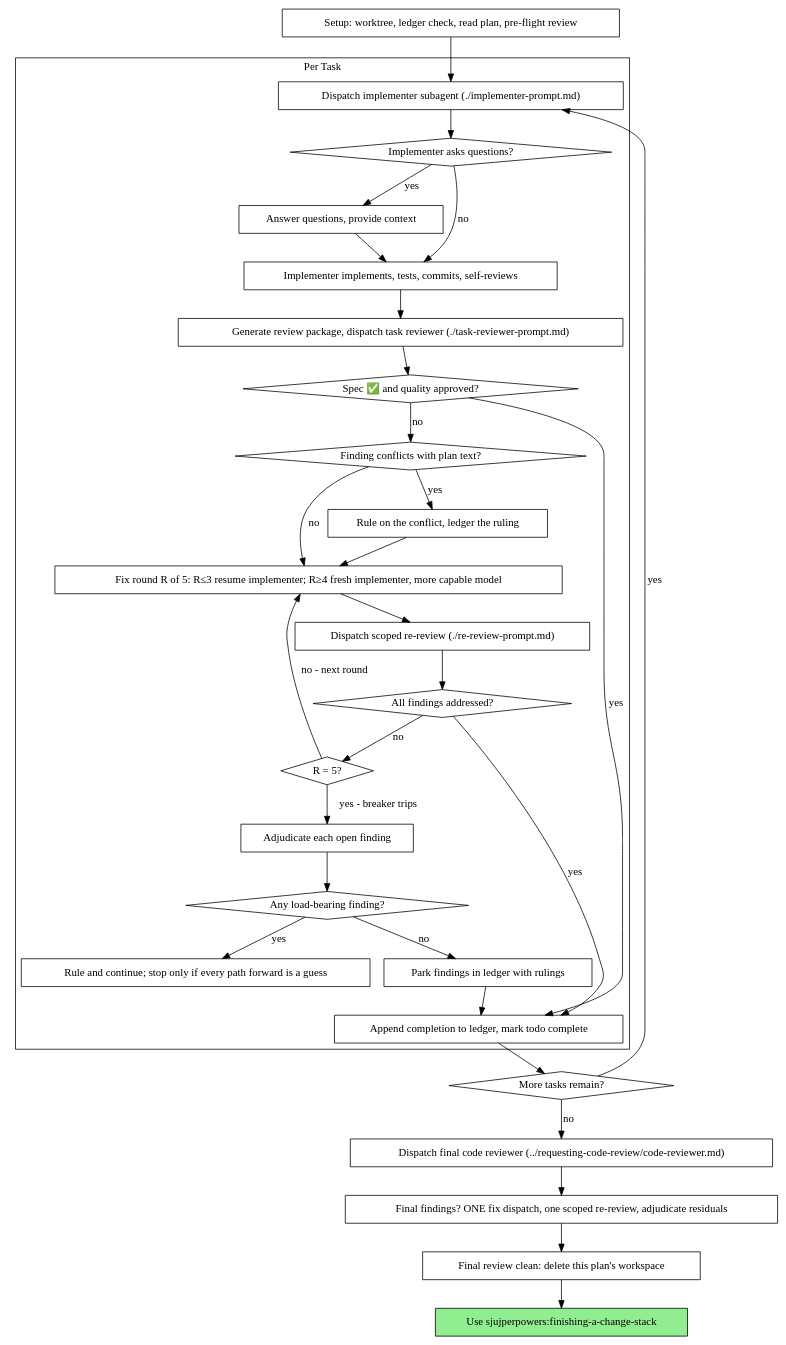
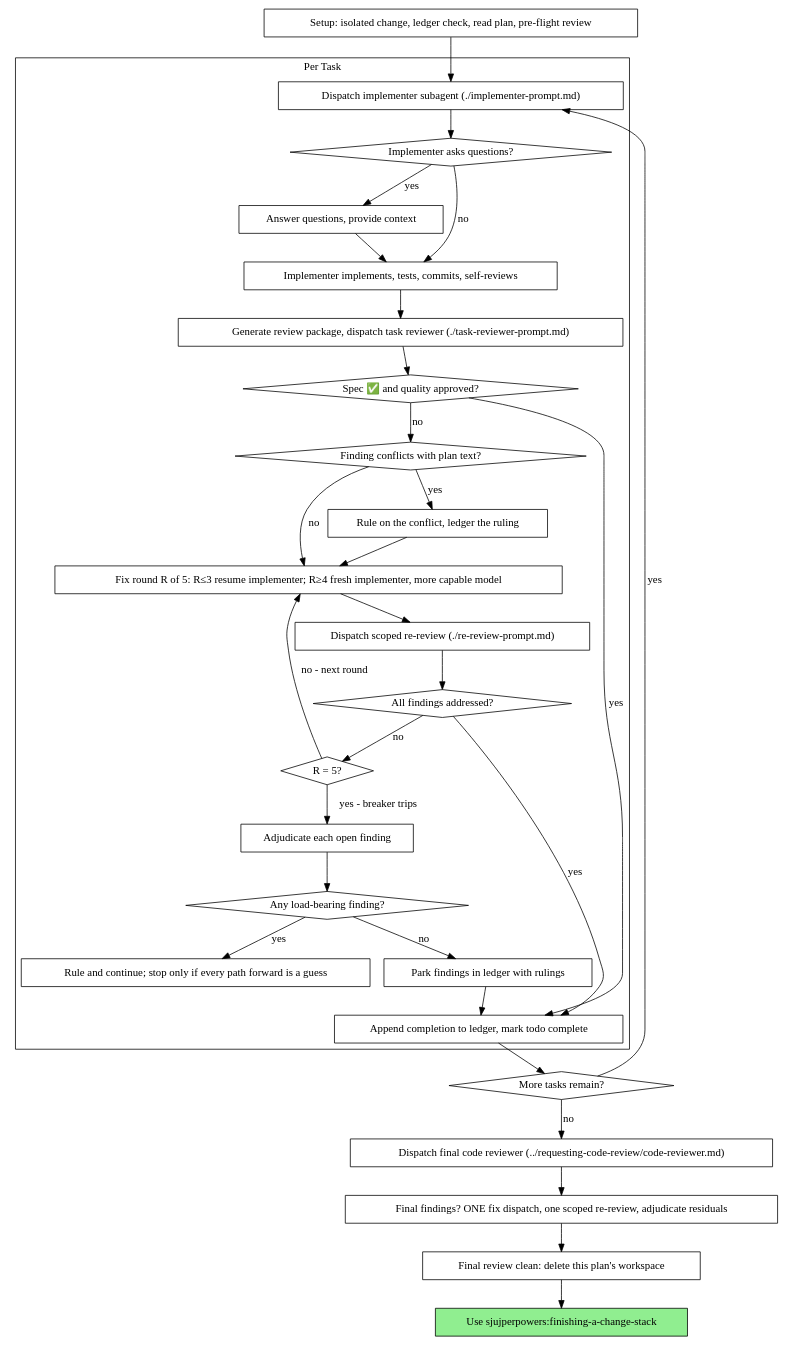
One commit to codyw912/sjujperpowers changed the second of 2 diagrams in skills/subagent-driven-development/SKILL.md. Above: the diagram before and after it, drawn with Graphviz. The commit also changed other lines of this file and 37 other files, not shown here.

Commit message:
Port skills to jj, add roadmap layer, rewrite fork docs

````diff
--- a/skills/subagent-driven-development/SKILL.md
+++ b/skills/subagent-driven-development/SKILL.md
@@ -61,62 +61,62 @@
 ```dot
 digraph process {
     rankdir=TB;
 
     subgraph cluster_per_task {
         label="Per Task";
         "Dispatch implementer subagent (./implementer-prompt.md)" [shape=box];
         "Implementer asks questions?" [shape=diamond];
         "Answer questions, provide context" [shape=box];
         "Implementer implements, tests, commits, self-reviews" [shape=box];
         "Generate review package, dispatch task reviewer (./task-reviewer-prompt.md)" [shape=box];
         "Spec ✅ and quality approved?" [shape=diamond];
         "Finding conflicts with plan text?" [shape=diamond];
         "Rule on the conflict, ledger the ruling" [shape=box];
         "Fix round R of 5: R≤3 resume implementer; R≥4 fresh implementer, more capable model" [shape=box];
         "Dispatch scoped re-review (./re-review-prompt.md)" [shape=box];
         "All findings addressed?" [shape=diamond];
         "R = 5?" [shape=diamond];
         "Adjudicate each open finding" [shape=box];
         "Any load-bearing finding?" [shape=diamond];
         "Rule and continue; stop only if every path forward is a guess" [shape=box];
         "Park findings in ledger with rulings" [shape=box];
         "Append completion to ledger, mark todo complete" [shape=box];
     }
 
-    "Setup: worktree, ledger check, read plan, pre-flight review" [shape=box];
+    "Setup: isolated change, ledger check, read plan, pre-flight review" [shape=box];
     "More tasks remain?" [shape=diamond];
     "Dispatch final code reviewer (../requesting-code-review/code-reviewer.md)" [shape=box];
     "Final findings? ONE fix dispatch, one scoped re-review, adjudicate residuals" [shape=box];
     "Final review clean: delete this plan's workspace" [shape=box];
     "Use sjujperpowers:finishing-a-change-stack" [shape=box style=filled fillcolor=lightgreen];
 
-    "Setup: worktree, ledger check, read plan, pre-flight review" -> "Dispatch implementer subagent (./implementer-prompt.md)";
+    "Setup: isolated change, ledger check, read plan, pre-flight review" -> "Dispatch implementer subagent (./implementer-prompt.md)";
     "Dispatch implementer subagent (./implementer-prompt.md)" -> "Implementer asks questions?";
     "Implementer asks questions?" -> "Answer questions, provide context" [label="yes"];
     "Answer questions, provide context" -> "Implementer implements, tests, commits, self-reviews";
     "Implementer asks questions?" -> "Implementer implements, tests, commits, self-reviews" [label="no"];
     "Implementer implements, tests, commits, self-reviews" -> "Generate review package, dispatch task reviewer (./task-reviewer-prompt.md)";
     "Generate review package, dispatch task reviewer (./task-reviewer-prompt.md)" -> "Spec ✅ and quality approved?";
     "Spec ✅ and quality approved?" -> "Append completion to ledger, mark todo complete" [label="yes"];
     "Spec ✅ and quality approved?" -> "Finding conflicts with plan text?" [label="no"];
     "Finding conflicts with plan text?" -> "Rule on the conflict, ledger the ruling" [label="yes"];
     "Rule on the conflict, ledger the ruling" -> "Fix round R of 5: R≤3 resume implementer; R≥4 fresh implementer, more capable model";
     "Finding conflicts with plan text?" -> "Fix round R of 5: R≤3 resume implementer; R≥4 fresh implementer, more capable model" [label="no"];
     "Fix round R of 5: R≤3 resume implementer; R≥4 fresh implementer, more capable model" -> "Dispatch scoped re-review (./re-review-prompt.md)";
     "Dispatch scoped re-review (./re-review-prompt.md)" -> "All findings addressed?";
     "All findings addressed?" -> "Append completion to ledger, mark todo complete" [label="yes"];
     "All findings addressed?" -> "R = 5?" [label="no"];
     "R = 5?" -> "Fix round R of 5: R≤3 resume implementer; R≥4 fresh implementer, more capable model" [label="no - next round"];
     "R = 5?" -> "Adjudicate each open finding" [label="yes - breaker trips"];
     "Adjudicate each open finding" -> "Any load-bearing finding?";
     "Any load-bearing finding?" -> "Rule and continue; stop only if every path forward is a guess" [label="yes"];
     "Any load-bearing finding?" -> "Park findings in ledger with rulings" [label="no"];
     "Park findings in ledger with rulings" -> "Append completion to ledger, mark todo complete";
     "Append completion to ledger, mark todo complete" -> "More tasks remain?";
     "More tasks remain?" -> "Dispatch implementer subagent (./implementer-prompt.md)" [label="yes"];
     "More tasks remain?" -> "Dispatch final code reviewer (../requesting-code-review/code-reviewer.md)" [label="no"];
     "Dispatch final code reviewer (../requesting-code-review/code-reviewer.md)" -> "Final findings? ONE fix dispatch, one scoped re-review, adjudicate residuals";
     "Final findings? ONE fix dispatch, one scoped re-review, adjudicate residuals" -> "Final review clean: delete this plan's workspace";
     "Final review clean: delete this plan's workspace" -> "Use sjujperpowers:finishing-a-change-stack";
 }
 ```
````
